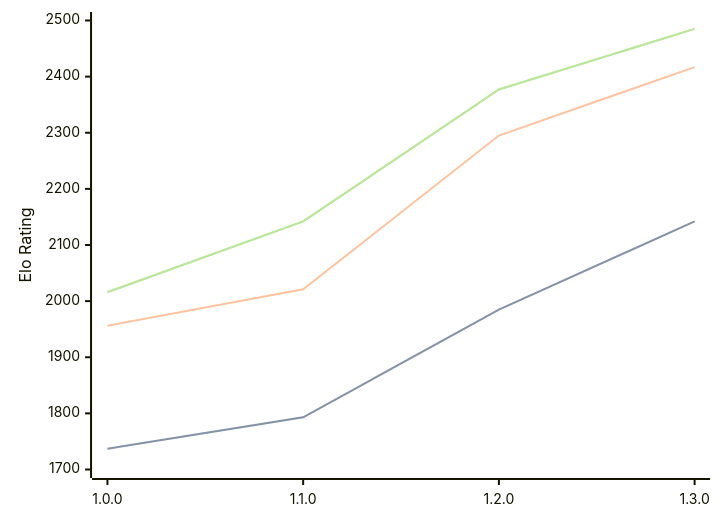
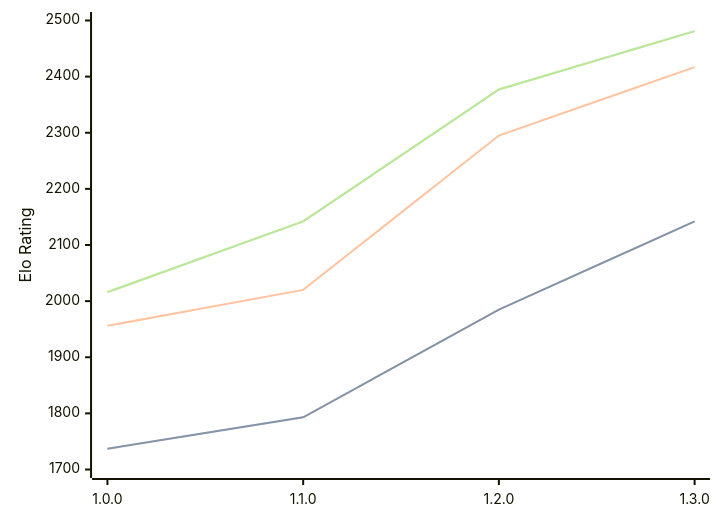
Before and after one commit to computer-chess-index/cci: the diagram in engines/Anodos.md, drawn with Mermaid. The commit also changed other lines of this file, not shown here.

Commit message:
Update CCI Ratings (ELO VLTC) - 2026-08-07

````diff
--- a/engines/Anodos.md
+++ b/engines/Anodos.md
@@ -34,11 +34,11 @@
 ```mermaid
 %%{init: {"theme":"base","themeVariables":{"seriesColors:['#a3a3a3','#222221','#faa371']}}}%%
 xychart-beta
   x-axis ["1.0.0", "1.1.0", "1.2.0", "1.3.0"]
   y-axis "Elo Rating" 1700 --> 2500
   line "STC (8.0+0.08s)" [1737, 1793, 1985, 2142]
   line "STC (8.0+0.08s)" [1737, 1793, 1985, 2142]
-  line "LTC (60.0+0.60s)" [1956, 2021, 2295, 2417]
-  line "VLTC (2m24s+1.12s)" [2016, 2142, 2377, 2485]
-  line "VLTC (2m24s+1.12s)" [2016, 2142, 2377, 2485]
+  line "LTC (60.0+0.60s)" [1956, 2020, 2295, 2417]
+  line "VLTC (2m24s+1.12s)" [2016, 2142, 2377, 2481]
+  line "VLTC (2m24s+1.12s)" [2016, 2142, 2377, 2481]
 ```
````
